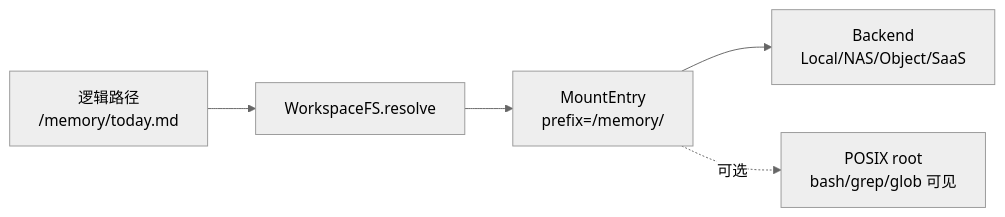
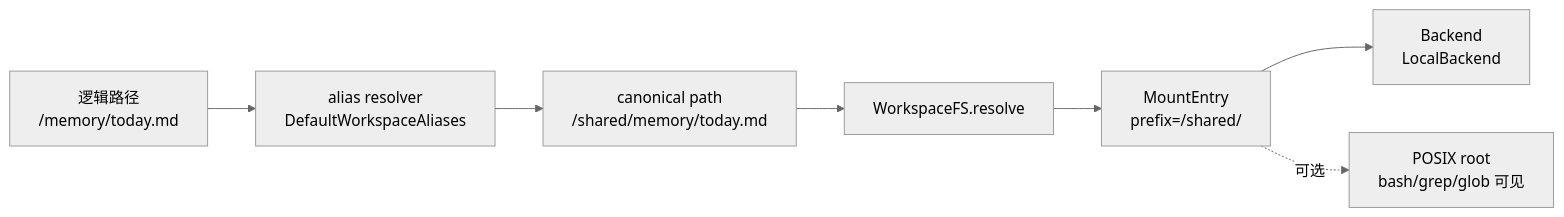
One commit to Chengchcc/my-agent-team changed the diagram in docs/architecture/17-agent-file-system.md. Above: the diagram before and after it, drawn with Mermaid (neutral theme). The commit also changed other lines of this file and 2 other files, not shown here.

First line of the commit message:
docs: update architecture docs + spec with M14.7 implementation record

````diff
--- a/docs/architecture/17-agent-file-system.md
+++ b/docs/architecture/17-agent-file-system.md
@@ -63,7 +84,9 @@
 ```mermaid
 flowchart LR
-  P[逻辑路径<br/>/memory/today.md] --> W[WorkspaceFS.resolve]
-  W --> M[MountEntry<br/>prefix=/memory/]
-  M --> B[Backend<br/>Local/NAS/Object/SaaS]
+  P[逻辑路径<br/>/memory/today.md] --> A[alias resolver<br/>DefaultWorkspaceAliases]
+  A --> C[canonical path<br/>/shared/memory/today.md]
+  C --> W[WorkspaceFS.resolve]
+  W --> M[MountEntry<br/>prefix=/shared/]
+  M --> B[Backend<br/>LocalBackend]
   M -. 可选 .-> X[POSIX root<br/>bash/grep/glob 可见]
 ```
````
